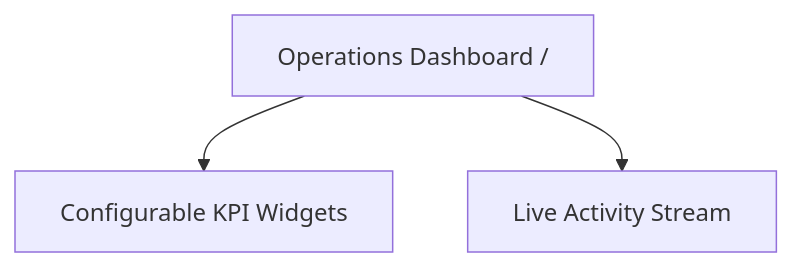
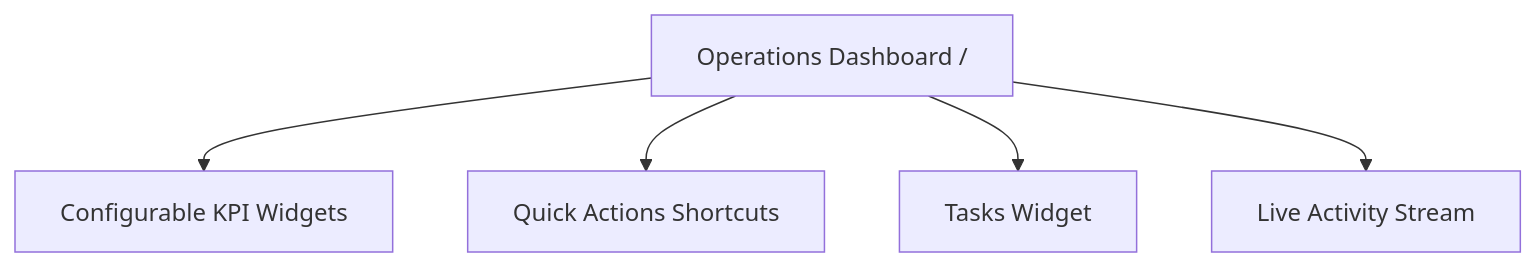
The diagram in docs/user/dashboard.md (herobmdotcom/herobm), drawn with Mermaid before and after one commit. The commit also changed other lines of this file and 447 other files, not shown here.

````diff
--- a/docs/user/dashboard.md
+++ b/docs/user/dashboard.md
@@ -34,5 +41,7 @@
 ```mermaid
 flowchart TD
     D[Operations Dashboard /] --> K1[Configurable KPI Widgets]
+    D --> K2[Quick Actions Shortcuts]
+    D --> K3[Tasks Widget]
     D --> K4[Live Activity Stream]
 ```
````
